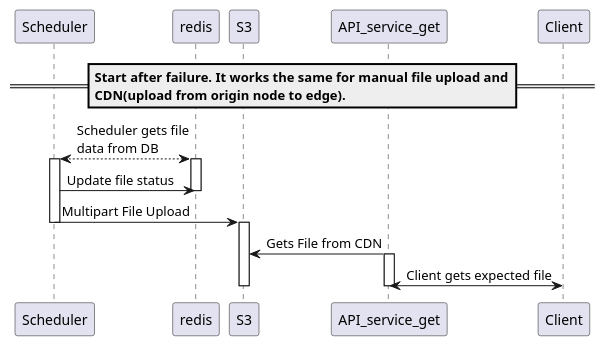
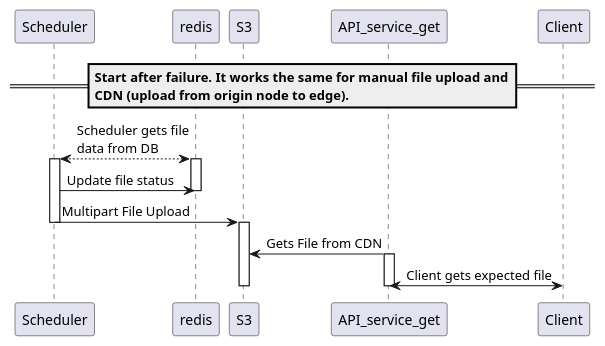
Before and after one commit to dkarpele/graduate_work: the diagram in architecture/C3_failed_upload.puml, drawn with PlantUML. The commit also changed 11 other files, not shown here.

```diff
--- a/architecture/C3_failed_upload.puml
+++ b/architecture/C3_failed_upload.puml
@@ -1,20 +1,20 @@
 @startuml
 
-==Start after failure. It works the same for manual file upload and\nCDN(upload from origin node to edge).==
+==Start after failure. It works the same for manual file upload and\nCDN (upload from origin node to edge).==
 
 Scheduler <--> redis: Scheduler gets file\ndata from DB
 activate redis
 activate Scheduler
 Scheduler -> redis: Update file status
 deactivate redis
 Scheduler -> S3: Multipart File Upload
 deactivate Scheduler
 
 activate S3
 
 S3 <- API_service_get: Gets File from CDN
 activate API_service_get
 API_service_get <-> Client: Client gets expected file
 deactivate API_service_get
 deactivate S3
 @enduml
```
